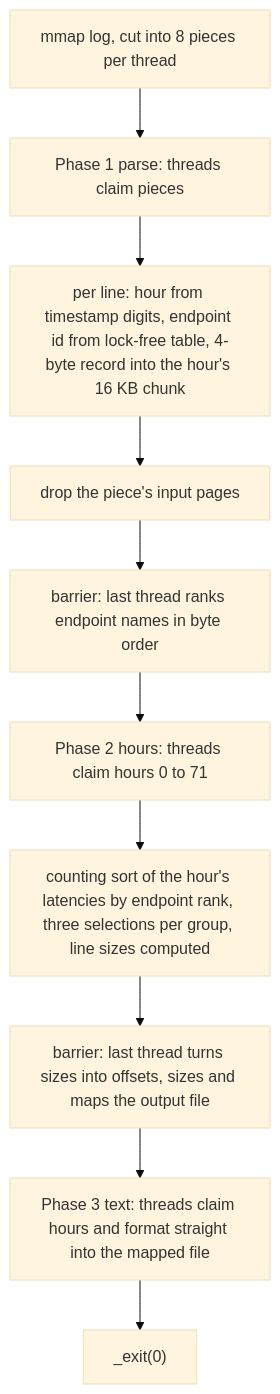
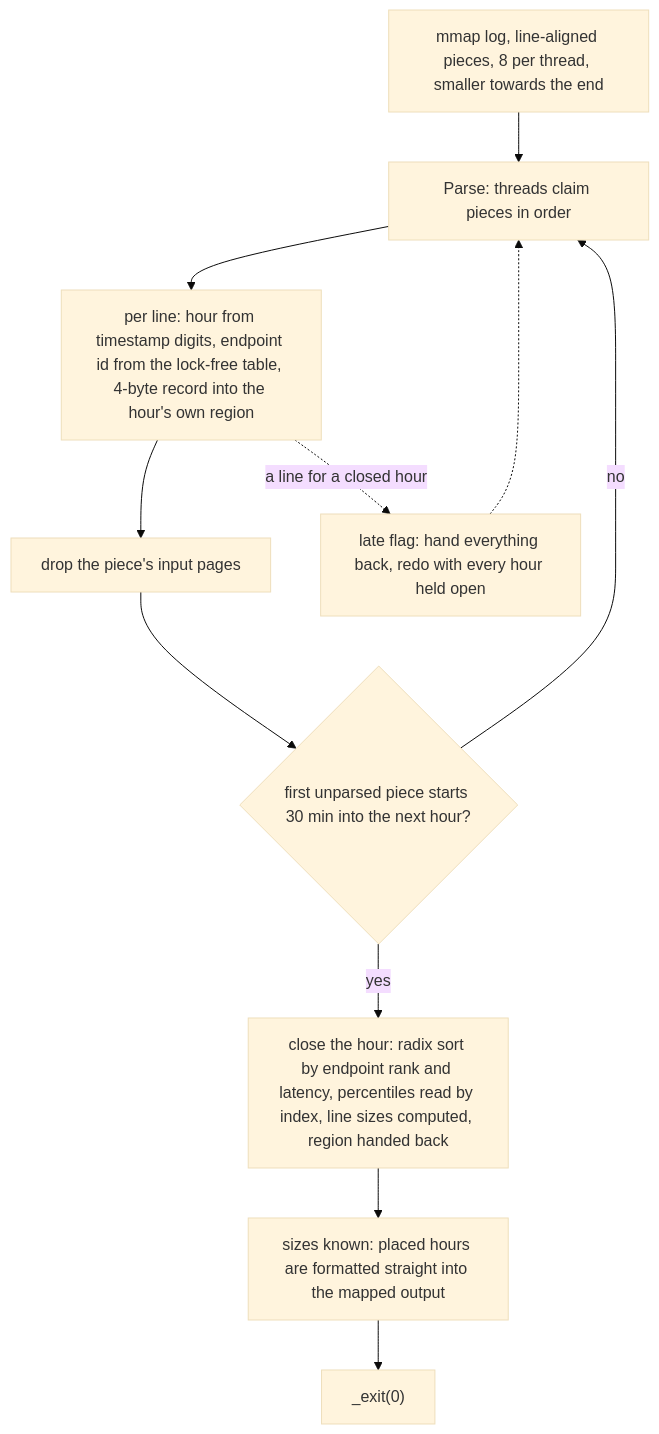
One commit to codesujeet/SpeedDemon changed the first of 4 diagrams in docs/OVERVIEW.md. Above: the diagram before and after it, drawn with Mermaid (base theme). The commit also changed other lines of this file, not shown here.

````diff
--- a/docs/OVERVIEW.md
+++ b/docs/OVERVIEW.md
@@ -33,12 +33,13 @@
 ```mermaid
 flowchart TD
-    M["mmap log, cut into 8 pieces per thread"] --> P["Phase 1 parse: threads claim pieces"]
-    P --> P2["per line: hour from timestamp digits, endpoint id from lock-free table, 4-byte record into the hour's 16 KB chunk"]
+    M["mmap log, line-aligned pieces, 8 per thread, smaller towards the end"] --> P["Parse: threads claim pieces in order"]
+    P --> P2["per line: hour from timestamp digits, endpoint id from the lock-free table, 4-byte record into the hour's own region"]
     P2 --> X["drop the piece's input pages"]
-    X --> B1["barrier: last thread ranks endpoint names in byte order"]
-    B1 --> H["Phase 2 hours: threads claim hours 0 to 71"]
-    H --> H2["counting sort of the hour's latencies by endpoint rank, three selections per group, line sizes computed"]
-    H2 --> B2["barrier: last thread turns sizes into offsets, sizes and maps the output file"]
-    B2 --> T["Phase 3 text: threads claim hours and format straight into the mapped file"]
-    T --> E["_exit(0)"]
+    X --> Q{"first unparsed piece starts 30 min into the next hour?"}
+    Q -- yes --> H["close the hour: radix sort by endpoint rank and latency, percentiles read by index, line sizes computed, region handed back"]
+    Q -- no --> P
+    H --> W["sizes known: placed hours are formatted straight into the mapped output"]
+    W --> E["_exit(0)"]
+    P2 -. "a line for a closed hour" .-> L["late flag: hand everything back, redo with every hour held open"]
+    L -.-> P
 ```
````
